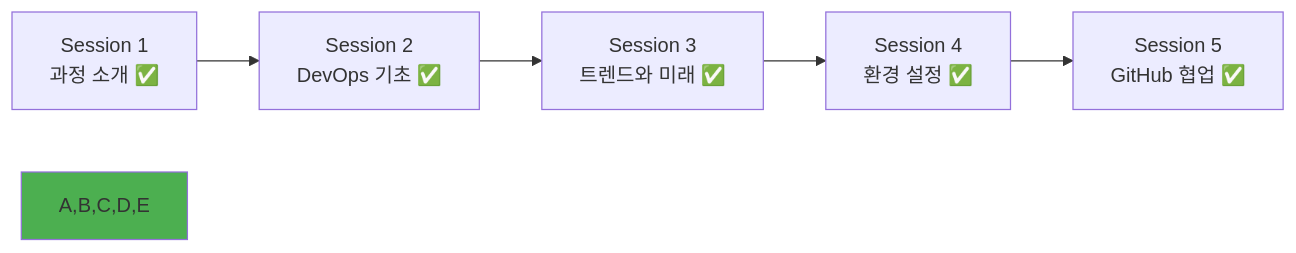
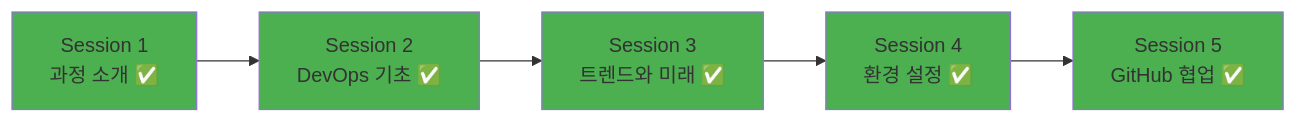
One commit to niceguy61/kdt_devops_lecture_2025 changed the diagram in theory/week_01/day1/session_5.md. Above: the diagram before and after it, drawn with Mermaid. The commit also changed 7 other files, not shown here.

````diff
--- a/theory/week_01/day1/session_5.md
+++ b/theory/week_01/day1/session_5.md
@@ -230,9 +230,13 @@
 ```mermaid
 graph LR
     A[Session 1<br/>과정 소개 ✅] --> B[Session 2<br/>DevOps 기초 ✅]
     B --> C[Session 3<br/>트렌드와 미래 ✅]
     C --> D[Session 4<br/>환경 설정 ✅]
     D --> E[Session 5<br/>GitHub 협업 ✅]
     
-    style A,B,C,D,E fill:#4caf50
+    style A fill:#4caf50
+    style B fill:#4caf50
+    style C fill:#4caf50
+    style D fill:#4caf50
+    style E fill:#4caf50
 ```
````
